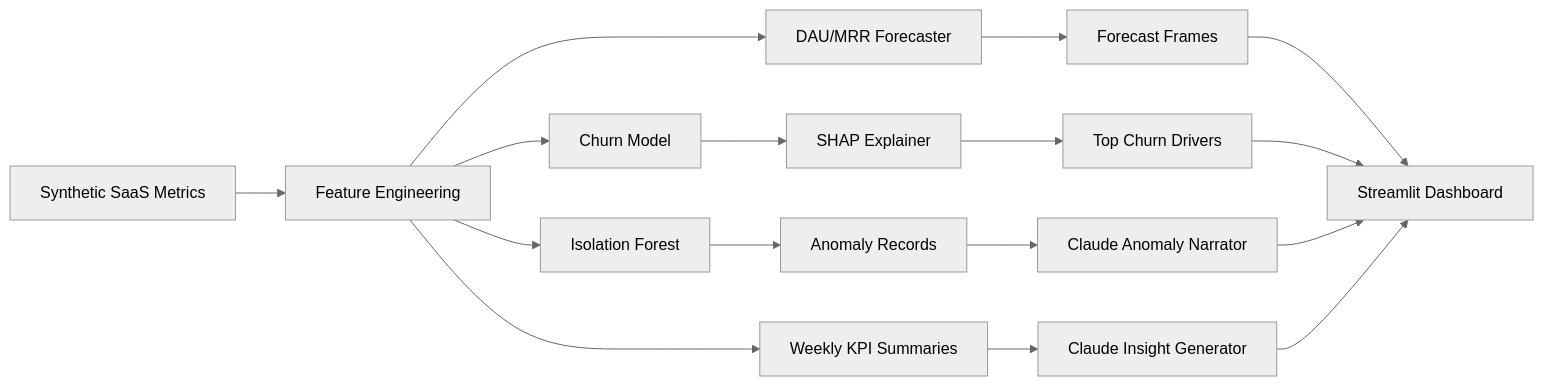
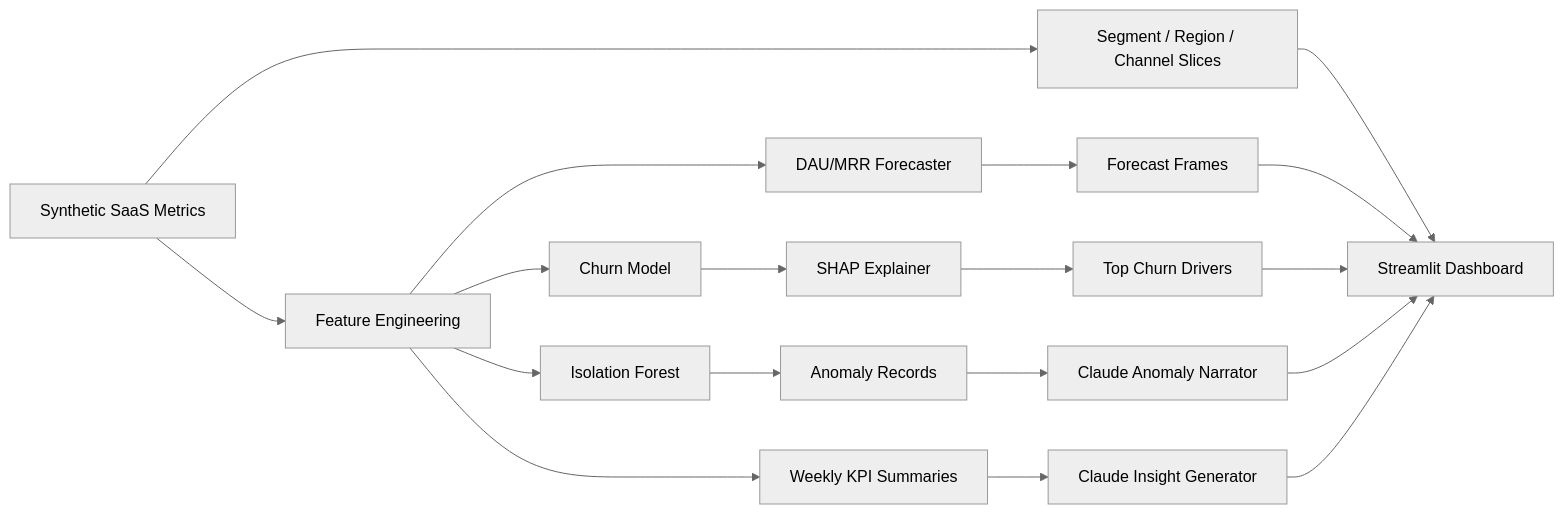
The diagram in README.md (Robertcurzon/PulseBoard), drawn with Mermaid (neutral theme) before and after one commit. The commit also changed other lines of this file and 11 other files, not shown here.

````diff
--- a/README.md
+++ b/README.md
@@ -24,18 +25,20 @@
 ```mermaid
 flowchart LR
     A["Synthetic SaaS Metrics"] --> B["Feature Engineering"]
+    A --> S["Segment / Region / Channel Slices"]
+    S --> M
     B --> C["Churn Model"]
     B --> D["Isolation Forest"]
     B --> E["DAU/MRR Forecaster"]
     C --> F["SHAP Explainer"]
     D --> G["Anomaly Records"]
     E --> H["Forecast Frames"]
     F --> I["Top Churn Drivers"]
     G --> J["Claude Anomaly Narrator"]
     B --> K["Weekly KPI Summaries"]
     K --> L["Claude Insight Generator"]
     H --> M["Streamlit Dashboard"]
     I --> M
     J --> M
     L --> M
 ```
````
